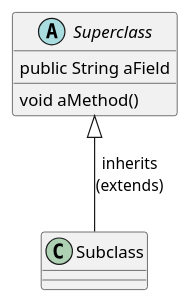
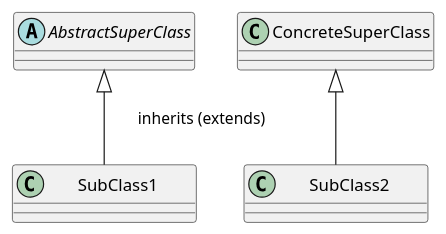
The diagram in module-classes/docs/diagrams/inheritance.puml (ThorstenEckstein/programmierung2-W3WI-109-ss24), drawn with PlantUML before and after one commit.

Commit message:
inheritance diagram update

```diff
--- a/module-classes/docs/diagrams/inheritance.puml
+++ b/module-classes/docs/diagrams/inheritance.puml
@@ -1,15 +1,15 @@
 @startuml
 'https://plantuml.com/class-diagram
 
 scale 1.0
 
-class Superclass {
-  public String aField
-  void aMethod()
-}
+abstract class AbstractSuperClass {}
+class ConcreteSuperClass {}
+class "       SubClass1        " as SubClass1
+class "       SubClass2        " as SubClass2
 
-abstract class Superclass
+AbstractSuperClass <|-- SubClass1    : \tinherits (extends)
 
-Superclass <|-- Subclass    : inherits\n(extends)
+ConcreteSuperClass <|-- SubClass2
 
 @enduml
```
